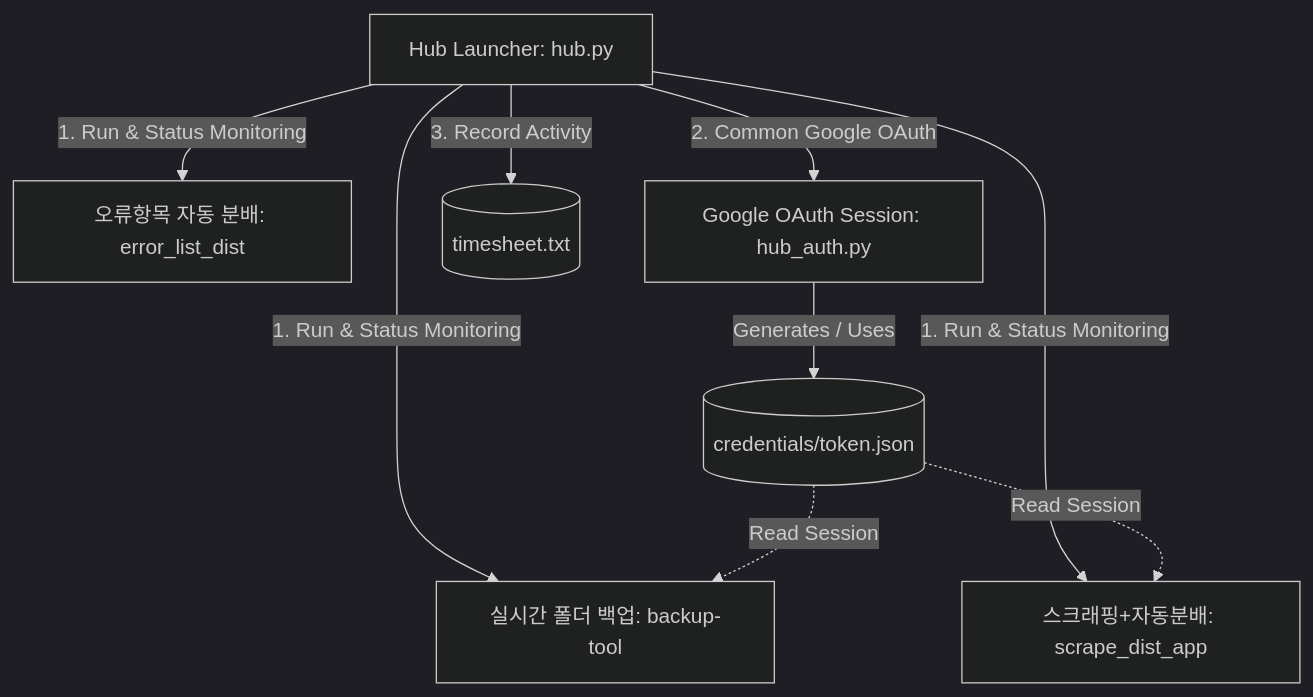
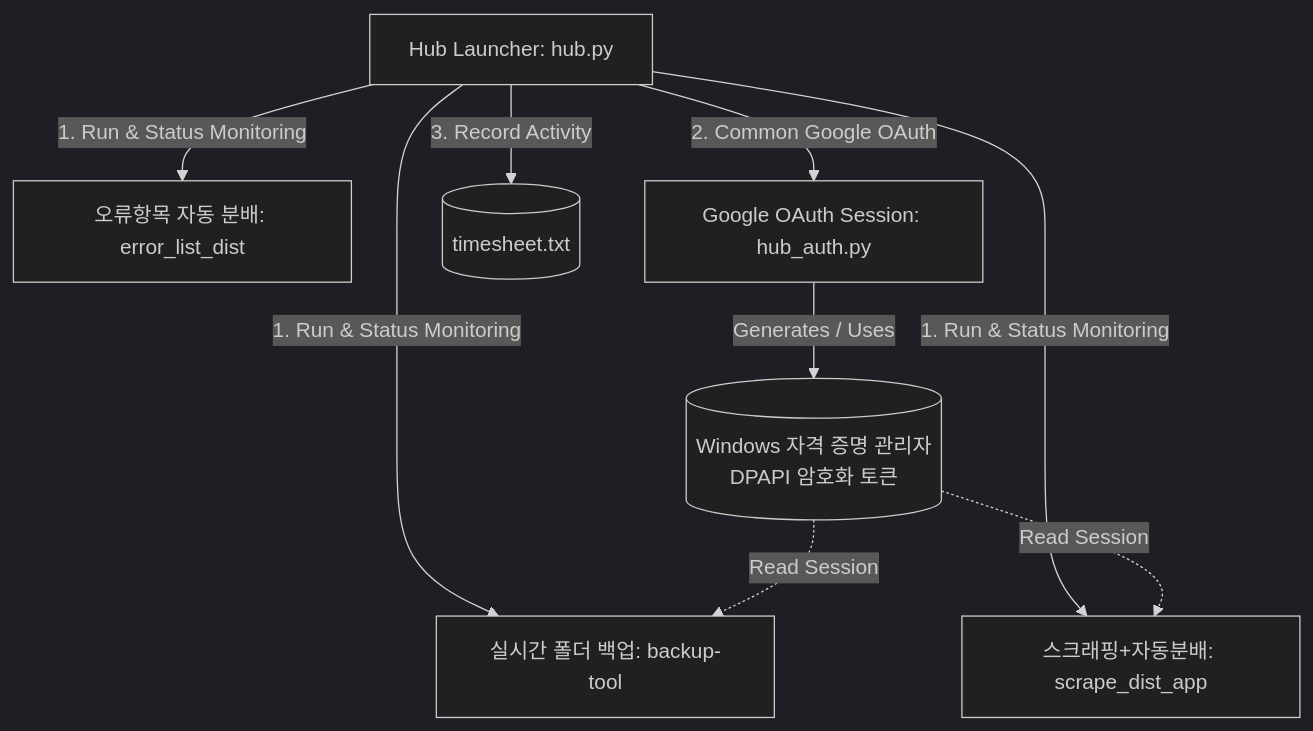
One commit to valborgs/el-hub changed the diagram in README.md. Above: the diagram before and after it, drawn with Mermaid (dark theme). The commit also changed other lines of this file and 10 other files, not shown here.

````diff
--- a/README.md
+++ b/README.md
@@ -11,13 +11,13 @@
 ```mermaid
 graph TD
     Launcher[Hub Launcher: hub.py] -->|1. Run & Status Monitoring| App1[실시간 폴더 백업: backup-tool]
     Launcher -->|1. Run & Status Monitoring| App2[스크래핑+자동분배: scrape_dist_app]
     Launcher -->|1. Run & Status Monitoring| App3[오류항목 자동 분배: error_list_dist]
     
     Launcher -->|2. Common Google OAuth| Auth[Google OAuth Session: hub_auth.py]
-    Auth -->|Generates / Uses| Creds[(credentials/token.json)]
+    Auth -->|Generates / Uses| Creds[(Windows 자격 증명 관리자<br/>DPAPI 암호화 토큰)]
     Creds -.->|Read Session| App1
     Creds -.->|Read Session| App2
     
     Launcher -->|3. Record Activity| TS[(timesheet.txt)]
 ```
````
